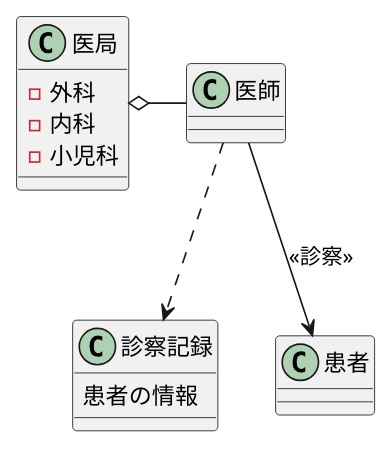
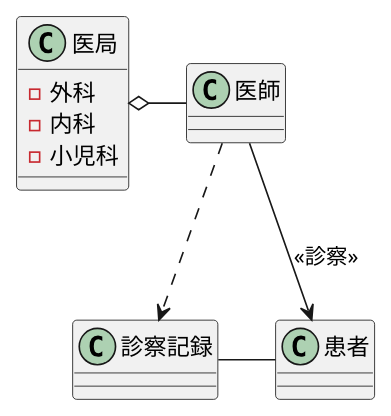
One commit to miyanokengo/uml-introduction changed the diagram in 演習3-2_CL_医師と患者と医局と診療記録.pu. Above: the diagram before and after it, drawn with PlantUML.

Commit message:
授業課題

```diff
--- a/演習3-2_CL_医師と患者と医局と診療記録.pu
+++ b/演習3-2_CL_医師と患者と医局と診療記録.pu
@@ -1,15 +1,15 @@
 @startuml
 class 医局 {
  - 外科
  - 内科
  - 小児科
 }
 class 診察記録 {
-    患者の情報
 }
 class 患者 {
 }
 医局 o- 医師
 医師-->患者: << 診察 >>
 医師 ..> 診察記録
+診察記録 -ri- 患者
 @enduml
```
